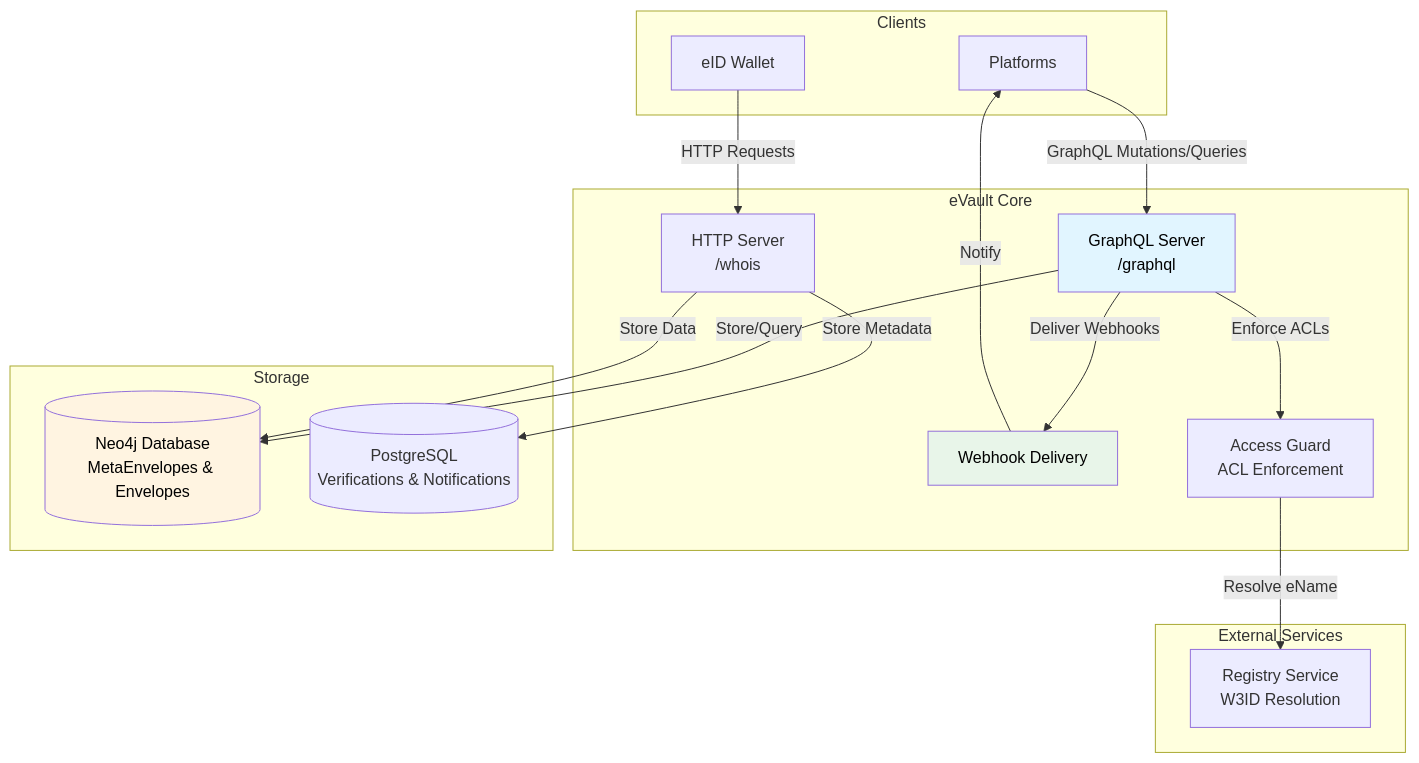
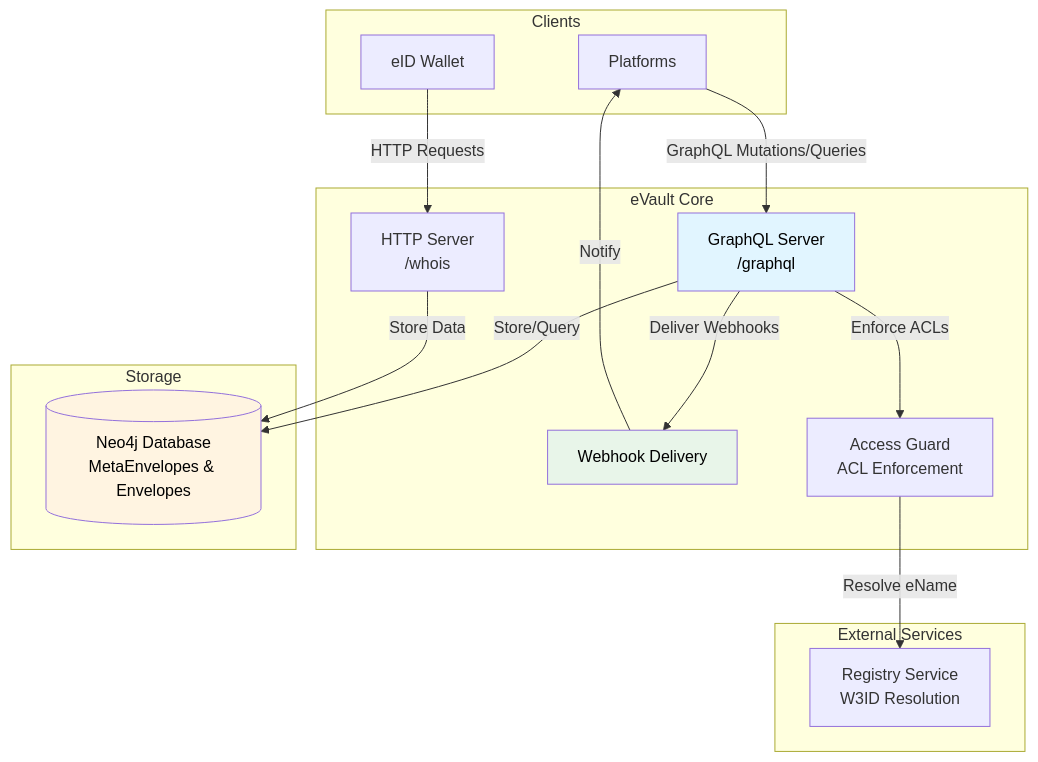
The diagram in docs/docs/Infrastructure/eVault.md (MetaState-Prototype-Project/prototype), drawn with Mermaid before and after one commit. The commit also changed other lines of this file and 3 other files, not shown here.

````diff
--- a/docs/docs/Infrastructure/eVault.md
+++ b/docs/docs/Infrastructure/eVault.md
@@ -26,37 +26,35 @@
 ```mermaid
 graph TB
     subgraph Client["Clients"]
         Platform[Platforms]
         Wallet[eID Wallet]
     end
 
     subgraph EVaultCore["eVault Core"]
         GraphQL[GraphQL Server<br/>/graphql]
         HTTP[HTTP Server<br/>/whois]
         Webhook[Webhook Delivery]
         AccessGuard[Access Guard<br/>ACL Enforcement]
     end
 
     subgraph Storage["Storage"]
         Neo4j[(Neo4j Database<br/>MetaEnvelopes & Envelopes)]
-        Postgres[(PostgreSQL<br/>Verifications & Notifications)]
     end
 
     subgraph External["External Services"]
         Registry[Registry Service<br/>W3ID Resolution]
     end
 
     Platform -->|GraphQL Mutations/Queries| GraphQL
     Wallet -->|HTTP Requests| HTTP
     GraphQL -->|Enforce ACLs| AccessGuard
     GraphQL -->|Store/Query| Neo4j
     GraphQL -->|Deliver Webhooks| Webhook
     Webhook -->|Notify| Platform
     AccessGuard -->|Resolve eName| Registry
     HTTP -->|Store Data| Neo4j
-    HTTP -->|Store Metadata| Postgres
 
     style GraphQL fill:#e1f5ff,color:#000000
     style Neo4j fill:#fff4e1,color:#000000
     style Webhook fill:#e8f5e9,color:#000000
 ```
````
